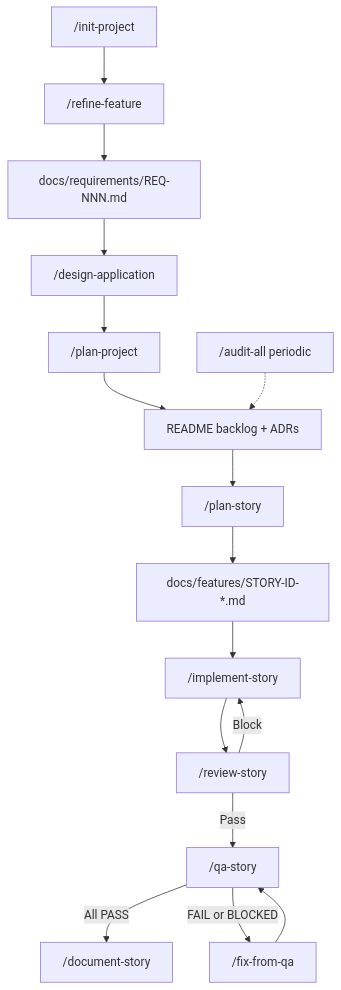
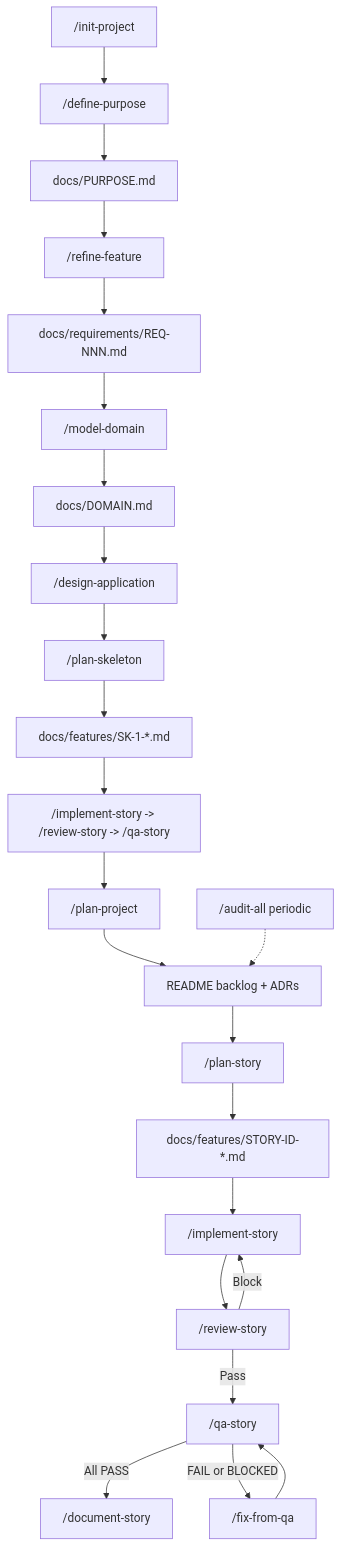
One commit to PhilipTeitel/Artifact-Driven-Development changed the diagram in assets/WORKFLOW.md. Above: the diagram before and after it, drawn with Mermaid. The commit also changed other lines of this file and 34 other files, not shown here.

Commit message:
Added purpose and domain model

````diff
--- a/assets/WORKFLOW.md
+++ b/assets/WORKFLOW.md
@@ -11,18 +11,25 @@
 ```mermaid
 flowchart TD
-    Init["/init-project"] --> Refine["/refine-feature"]
+    Init["/init-project"] --> Purpose["/define-purpose"]
+    Purpose --> PurposeDoc["docs/PURPOSE.md"]
+    PurposeDoc --> Refine["/refine-feature"]
     Refine --> Reqs["docs/requirements/REQ-NNN.md"]
-    Reqs --> Design["/design-application"]
-    Design --> PlanProj["/plan-project"]
+    Reqs --> Domain["/model-domain"]
+    Domain --> DomainDoc["docs/DOMAIN.md"]
+    DomainDoc --> Design["/design-application"]
+    Design --> Skeleton["/plan-skeleton"]
+    Skeleton --> SkeletonStory["docs/features/SK-1-*.md"]
+    SkeletonStory --> SkeletonTail["/implement-story -> /review-story -> /qa-story"]
+    SkeletonTail --> PlanProj["/plan-project"]
     PlanProj --> Backlog["README backlog + ADRs"]
     Backlog --> PlanStory["/plan-story"]
     PlanStory --> Story["docs/features/STORY-ID-*.md"]
     Story --> Impl["/implement-story"]
     Impl --> Review["/review-story"]
     Review -->|Pass| QA["/qa-story"]
     Review -->|Block| Impl
     QA -->|All PASS| Doc["/document-story"]
     QA -->|FAIL or BLOCKED| Fix["/fix-from-qa"]
     Fix --> QA
     Audit["/audit-all periodic"] -.-> Backlog
 ```
````
